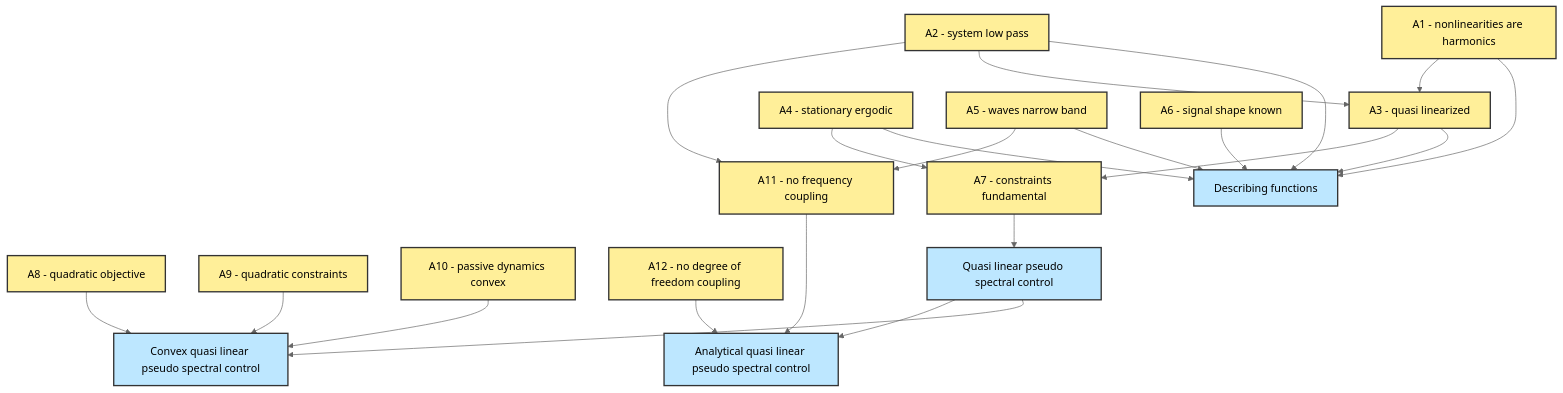
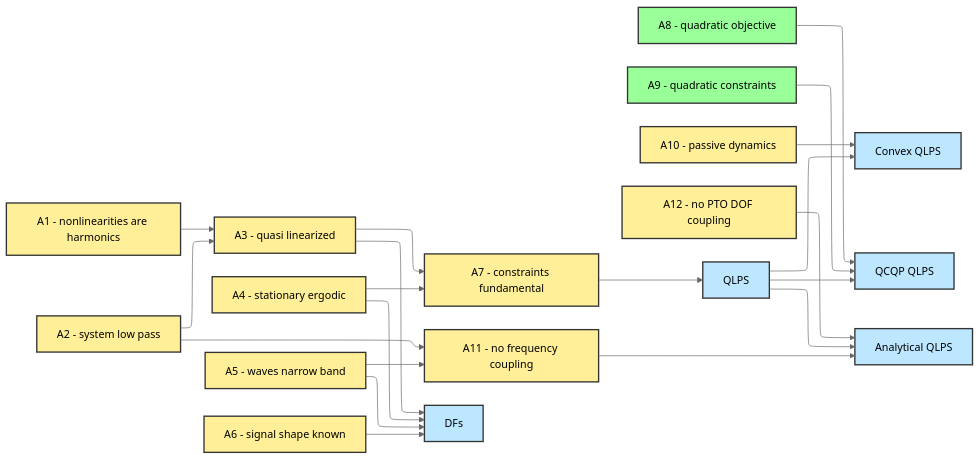
One commit to symbiotic-engineering/MDOcean changed the diagram in mdocean/plots/non_matlab_figs/assumptions.mmd. Above: the diagram before and after it, drawn with Mermaid (neutral theme). The commit also changed 1 other file, not shown here.

Commit message:
fix up layout of assumptions diagram

```diff
--- a/mdocean/plots/non_matlab_figs/assumptions.mmd
+++ b/mdocean/plots/non_matlab_figs/assumptions.mmd
@@ -1,48 +1,55 @@
-flowchart TD
+---
+config:
+    layout: elk
+---
+flowchart LR
     A1["A1 - nonlinearities are harmonics"]
     A2["A2 - system low pass"]
     A3["A3 - quasi linearized"]
     A4["A4 - stationary ergodic"]
     A5["A5 - waves narrow band"]
     A6["A6 - signal shape known"]
     A7["A7 - constraints fundamental"]
     A8["A8 - quadratic objective"]
     A9["A9 - quadratic constraints"]
-    A10["A10 - passive dynamics convex"]
+    A10["A10 - passive dynamics"]
     A11["A11 - no frequency coupling"]
-    A12["A12 - no degree of freedom coupling"]
+    A12["A12 - no PTO DOF coupling"]
 
-    DFs["Describing functions"]
-    QLPS["Quasi linear pseudo spectral control"]
-    ConvexQLPS["Convex quasi linear pseudo spectral control"]
-    AnalyticalQLPS["Analytical quasi linear pseudo spectral control"]
+    DFs["DFs"]
+    QLPS["QLPS"]
+    ConvexQLPS["Convex QLPS"]
+    QCQP-QLPS["QCQP QLPS"]
+    AnalyticalQLPS["Analytical QLPS"]
 
-    A1 --> DFs
-    A2 --> DFs
     A3 --> DFs
     A4 --> DFs
     A5 --> DFs
     A6 --> DFs
 
     A1 --> A3
     A2 --> A3
     A3 --> A7
     A4 --> A7
     A7 --> QLPS
 
-    A8 --> ConvexQLPS
-    A9 --> ConvexQLPS
+    QLPS --> QCQP-QLPS
+    A8 --> QCQP-QLPS
+    A9 --> QCQP-QLPS
+
     A10 --> ConvexQLPS
     QLPS --> ConvexQLPS
 
     A2 --> A11
     A5 --> A11
     A11 --> AnalyticalQLPS
     A12 --> AnalyticalQLPS
     QLPS --> AnalyticalQLPS
 
-    classDef assumptions fill:#ffef99,stroke:#333,stroke-width:2px;
+    classDef assumptionsModel fill:#ffef99,stroke:#333,stroke-width:2px;
+    classDef assumptionsOptim fill:#99ff99,stroke:#333,stroke-width:2px;
     classDef modelchars fill:#bde7ff,stroke:#333,stroke-width:2px;
 
-    class A1,A2,A3,A4,A5,A6,A7,A8,A9,A10,A11,A12 assumptions
-    class DFs,QLPS,ConvexQLPS,AnalyticalQLPS modelchars
+    class A1,A2,A3,A4,A5,A6,A7,A10,A11,A12 assumptionsModel
+    class A8,A9 assumptionsOptim
+    class DFs,QLPS,QCQP-QLPS,ConvexQLPS,AnalyticalQLPS modelchars
```
